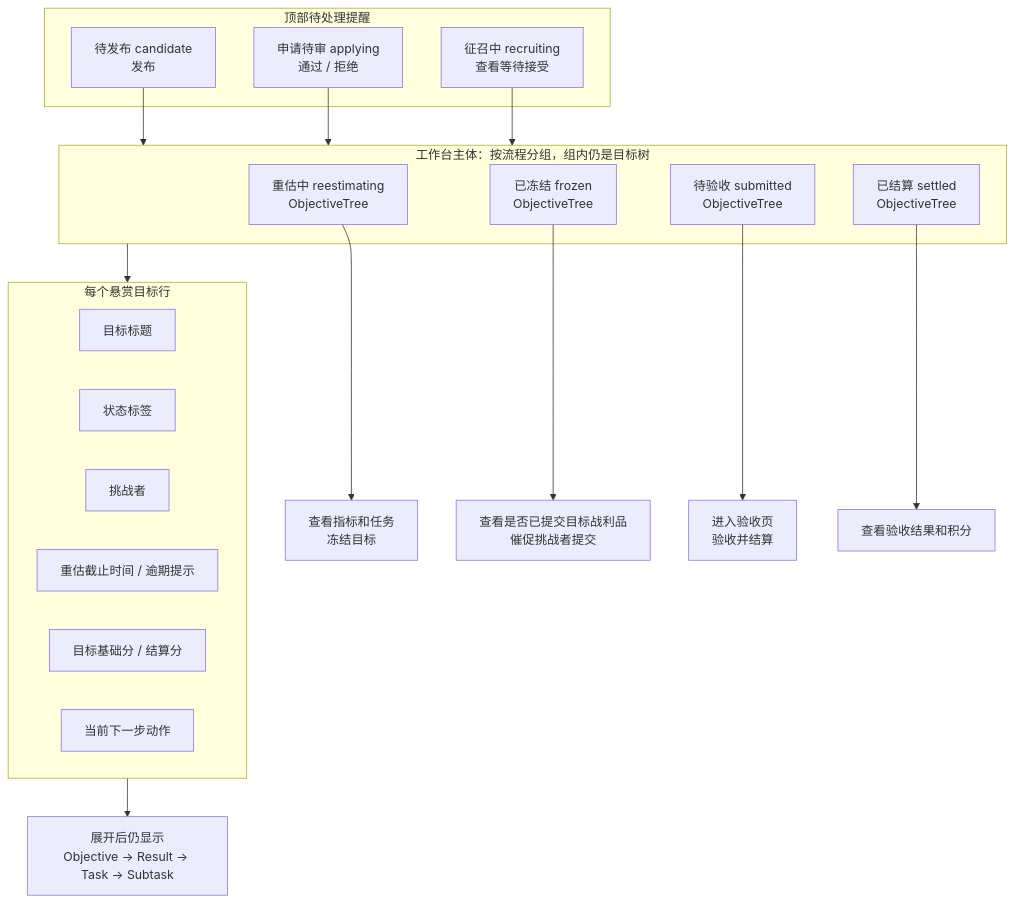
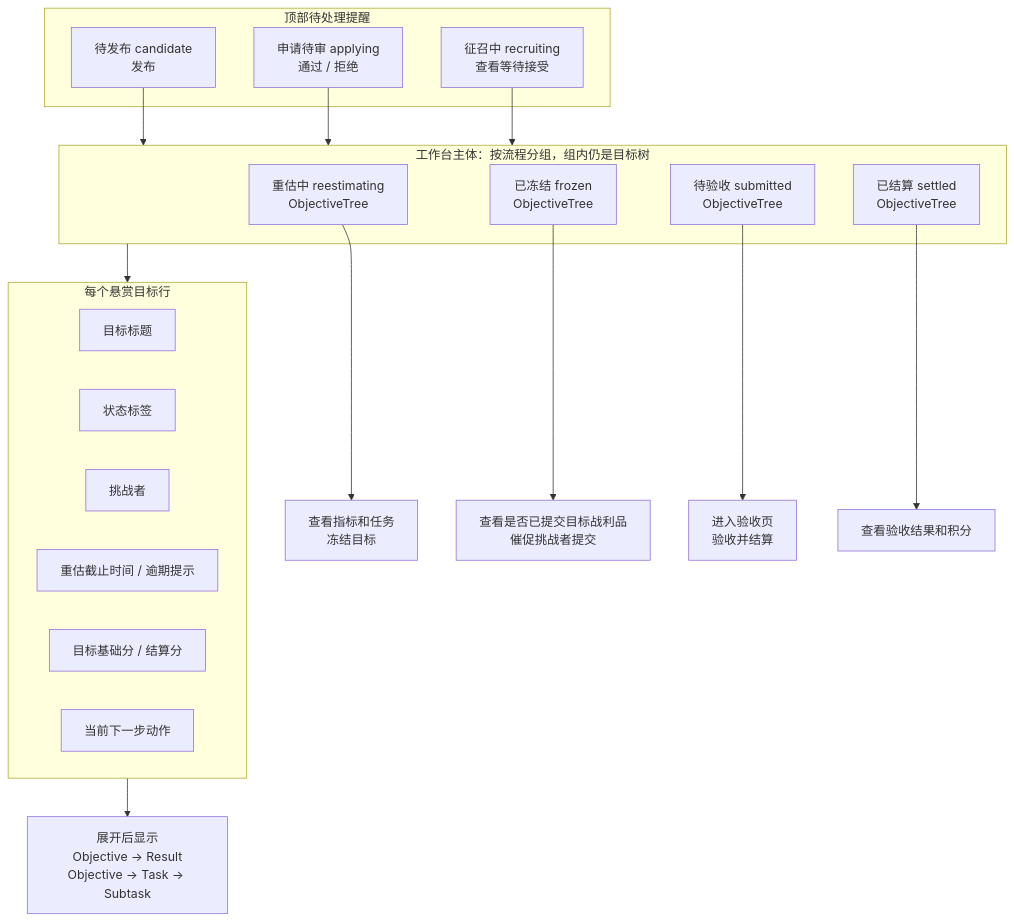
One commit to xueyu888/ORF changed the third of 7 diagrams in docs/frontend/ORF 前端流程测试.md. Above: the diagram before and after it, drawn with Mermaid. The commit also changed other lines of this file and 8 other files, not shown here.

````diff
--- a/docs/frontend/ORF 前端流程测试.md
+++ b/docs/frontend/ORF 前端流程测试.md
@@ -126,34 +126,34 @@
 ```mermaid
 flowchart TD
   subgraph Reminder["顶部待处理提醒"]
     P1[待发布 candidate<br/>发布]
     P2[申请待审 applying<br/>通过 / 拒绝]
     P3[征召中 recruiting<br/>查看等待接受]
   end
 
   subgraph Main["工作台主体：按流程分组，组内仍是目标树"]
     A1[重估中 reestimating<br/>ObjectiveTree]
     A2[已冻结 frozen<br/>ObjectiveTree]
     A3[待验收 submitted<br/>ObjectiveTree]
     A4[已结算 settled<br/>ObjectiveTree]
   end
 
   subgraph Row["每个悬赏目标行"]
     R1[目标标题]
     R2[状态标签]
     R3[挑战者]
     R4[重估截止时间 / 逾期提示]
     R5[目标基础分 / 结算分]
     R6[当前下一步动作]
   end
 
   P1 --> Main
   P2 --> Main
   P3 --> Main
   A1 --> F1[查看指标和任务<br/>冻结目标]
   A2 --> F2[查看是否已提交目标战利品<br/>催促挑战者提交]
   A3 --> F3[进入验收页<br/>验收并结算]
   A4 --> F4[查看验收结果和积分]
   Main --> Row
-  Row --> T1[展开后仍显示<br/>Objective -> Result -> Task -> Subtask]
+  Row --> T1[展开后显示<br/>Objective -> Result<br/>Objective -> Task -> Subtask]
 ```
````
